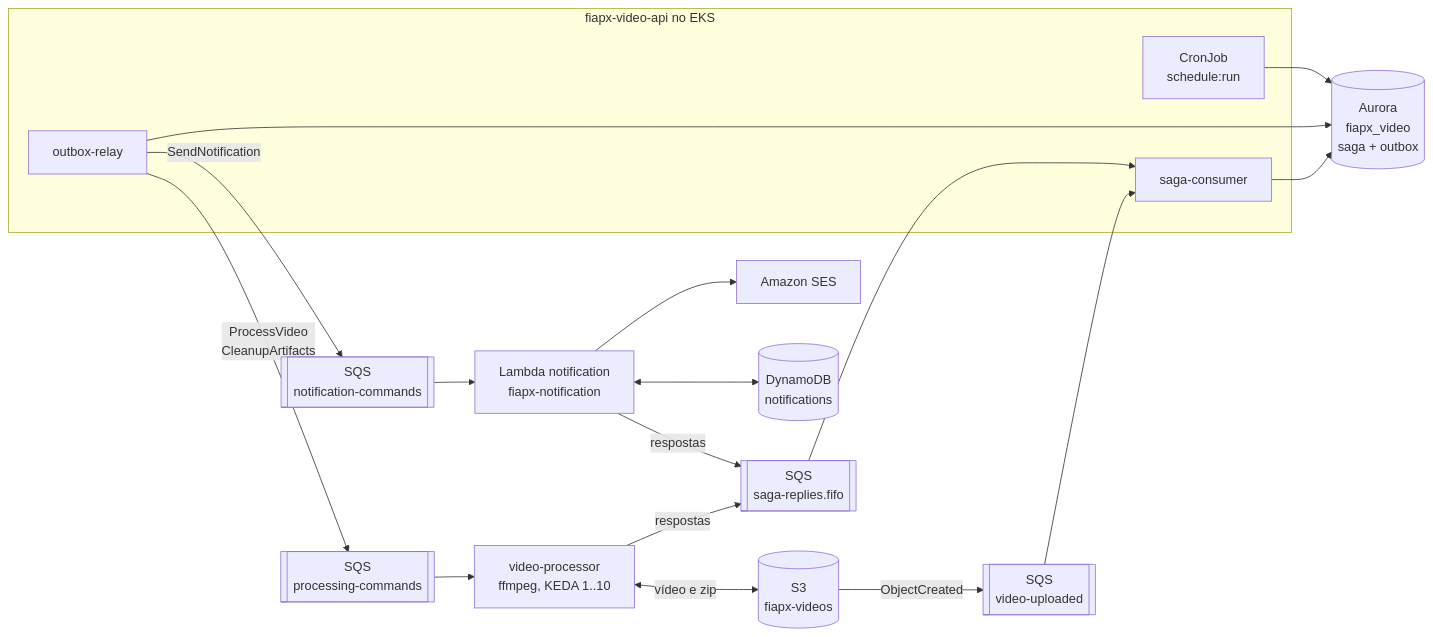
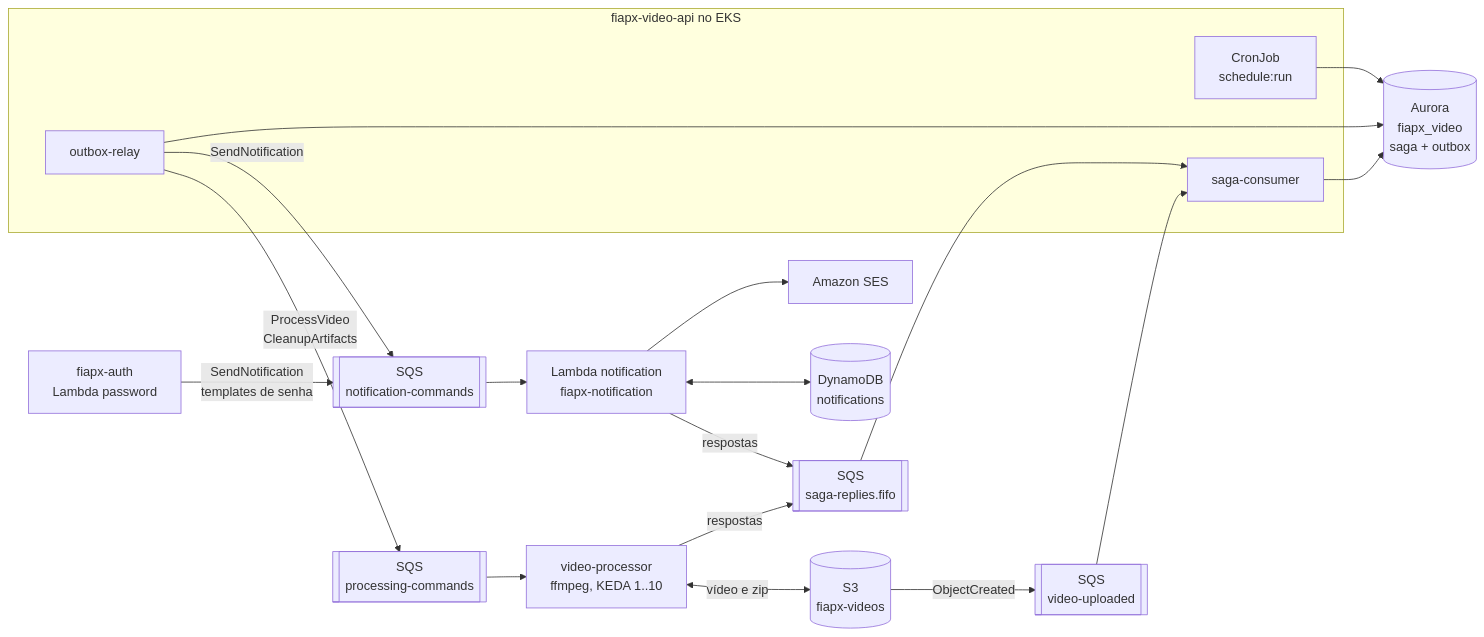
One commit to hackathon-fiap-soat/fiapx-docs changed the second of 2 diagrams in 03-arquitetura/c4-containers.md. Above: the diagram before and after it, drawn with Mermaid. The commit also changed other lines of this file and 129 other files, not shown here.

First line of the commit message:
docs: recuperação e troca de senha + diagramas organizados por assunto (#4)

````diff
--- a/03-arquitetura/c4-containers.md
+++ b/03-arquitetura/c4-containers.md
@@ -33,25 +35,26 @@
 ```mermaid
 flowchart LR
   S3[("S3<br/>fiapx-videos")] -->|ObjectCreated| Q_UP[["SQS<br/>video-uploaded"]]
 
   subgraph VAPI["fiapx-video-api no EKS"]
     CONS["saga-consumer"]
     RELAY["outbox-relay"]
     CRON["CronJob<br/>schedule:run"]
   end
 
   Q_UP --> CONS
   CONS & RELAY & CRON --> AURORA_VIDEO[("Aurora<br/>fiapx_video<br/>saga + outbox")]
   RELAY -->|"ProcessVideo<br/>CleanupArtifacts"| Q_PROC[["SQS<br/>processing-commands"]]
   RELAY -->|SendNotification| Q_NOTIF[["SQS<br/>notification-commands"]]
+  AUTHP["fiapx-auth<br/>Lambda password"] -->|"SendNotification<br/>templates de senha"| Q_NOTIF
 
   Q_PROC --> WRK["video-processor<br/>ffmpeg, KEDA 1..10"]
   WRK <-->|"vídeo e zip"| S3
   WRK -->|respostas| Q_REPLY[["SQS<br/>saga-replies.fifo"]]
 
   Q_NOTIF --> LNOTIF["Lambda notification<br/>fiapx-notification"]
   LNOTIF --> SES["Amazon SES"]
   LNOTIF <--> DDB[("DynamoDB<br/>notifications")]
   LNOTIF -->|respostas| Q_REPLY
   Q_REPLY --> CONS
 ```
````
